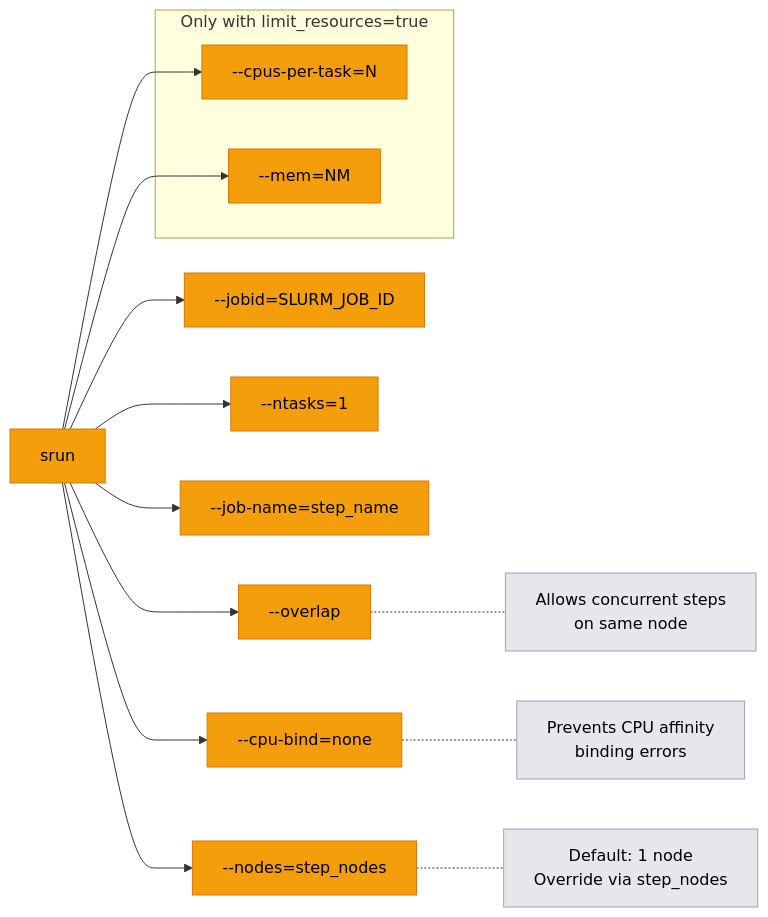
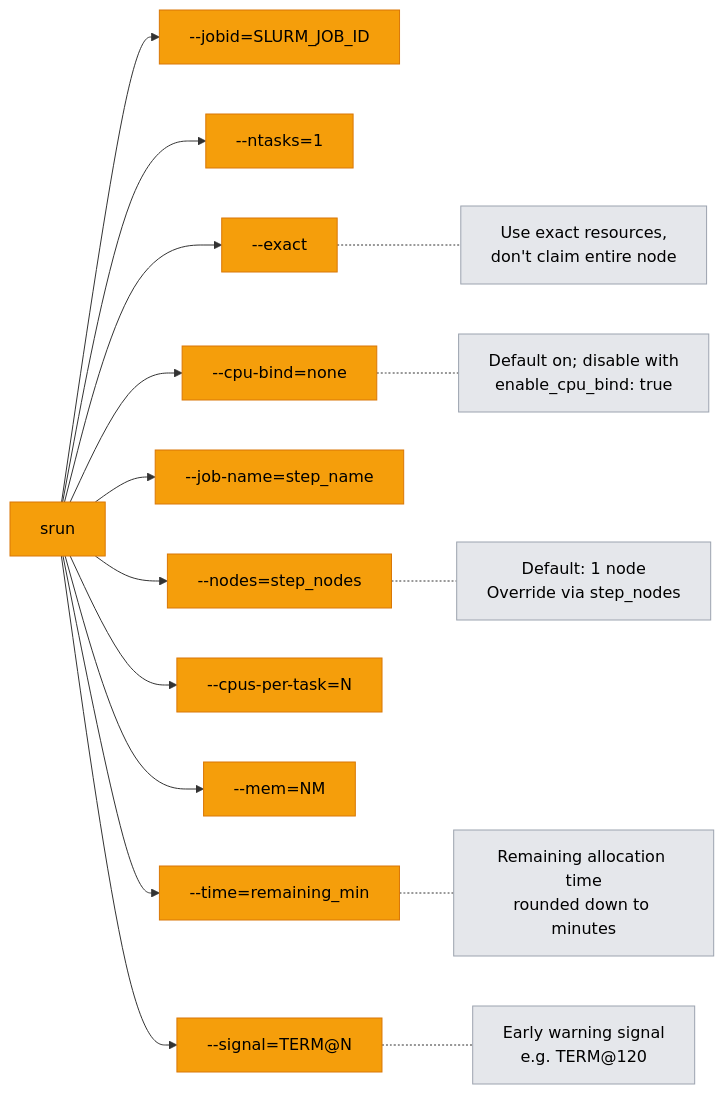
Before and after one commit to nreinicke/torc: the second of 6 diagrams in docs/src/specialized/design/srun-monitoring.md, drawn with Mermaid. The commit also changed other lines of this file and 97 other files, not shown here.

````diff
--- a/docs/src/specialized/design/srun-monitoring.md
+++ b/docs/src/specialized/design/srun-monitoring.md
@@ -66,33 +66,35 @@
 ```mermaid
 flowchart LR
     classDef flag fill:#f59e0b,color:#000,stroke:#d97706
     classDef note fill:#e5e7eb,color:#000,stroke:#9ca3af
 
     SRUN[srun]:::flag
     JOBID["--jobid=SLURM_JOB_ID"]:::flag
     NT["--ntasks=1"]:::flag
-    OV["--overlap"]:::flag
+    EX["--exact"]:::flag
     CB["--cpu-bind=none"]:::flag
     JN["--job-name=step_name"]:::flag
     ND["--nodes=step_nodes"]:::flag
     CPU["--cpus-per-task=N"]:::flag
     MEM["--mem=NM"]:::flag
+    TIME["--time=remaining_min"]:::flag
+    SIG["--signal=TERM@N"]:::flag
 
     SRUN --> JOBID
     SRUN --> NT
-    SRUN --> OV
+    SRUN --> EX
     SRUN --> CB
     SRUN --> JN
     SRUN --> ND
 
+    EX -.- N0["Use exact resources,<br/>don't claim entire node"]:::note
     ND -.- N1["Default: 1 node<br/>Override via step_nodes"]:::note
-    OV -.- N2["Allows concurrent steps<br/>on same node"]:::note
-    CB -.- N3["Prevents CPU affinity<br/>binding errors"]:::note
+    CB -.- N2["Default on; disable with<br/>enable_cpu_bind: true"]:::note
+    TIME -.- N4["Remaining allocation time<br/>rounded down to minutes"]:::note
+    SIG -.- N5["Early warning signal<br/>e.g. TERM@120"]:::note
 
-    subgraph "Only with limit_resources=true"
-        CPU
-        MEM
-    end
     SRUN --> CPU
     SRUN --> MEM
+    SRUN --> TIME
+    SRUN --> SIG
 ```
````
